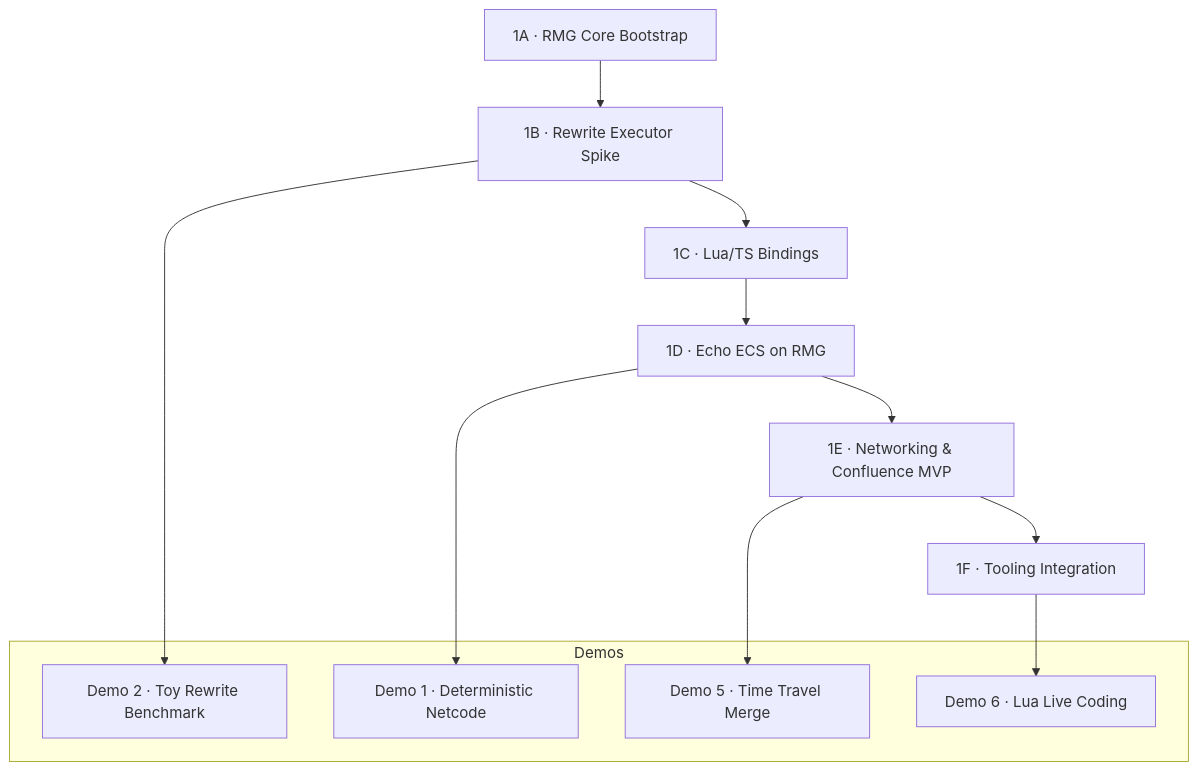
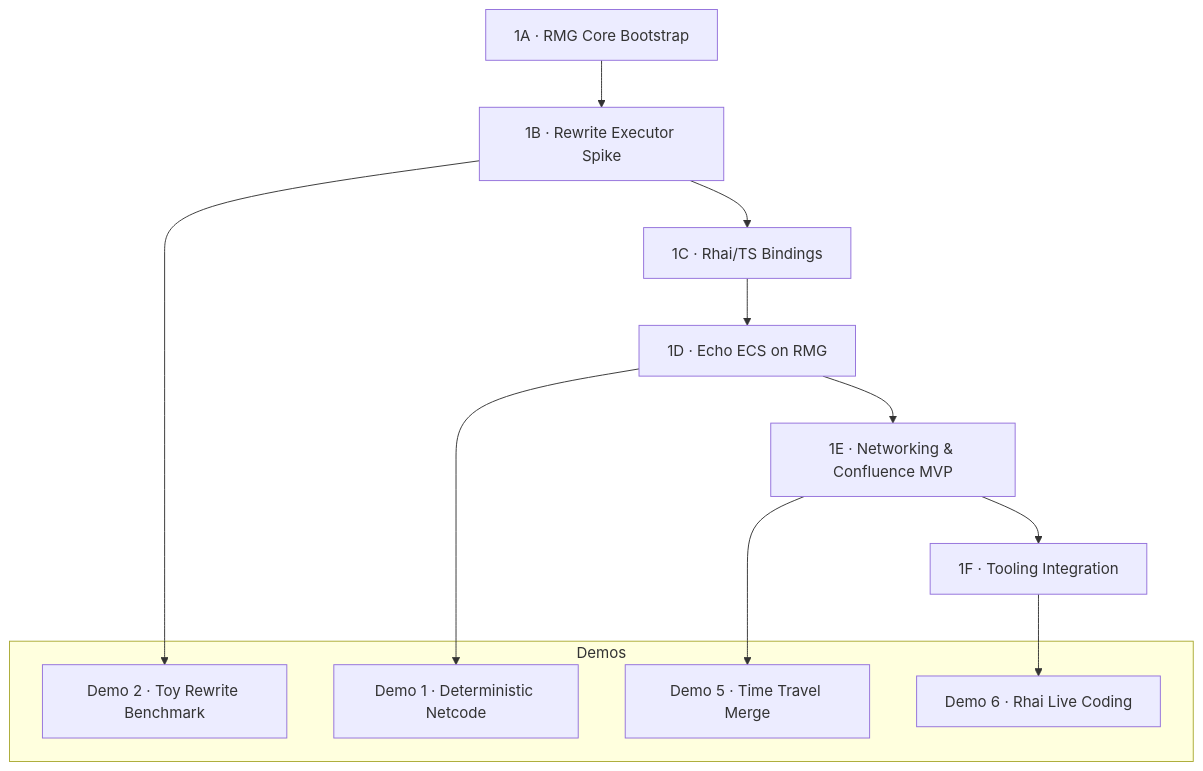
The diagram in docs/phase1-plan.md (flyingrobots/echo), drawn with Mermaid before and after one commit. The commit also changed other lines of this file and 15 other files, not shown here.

````diff
--- a/docs/phase1-plan.md
+++ b/docs/phase1-plan.md
@@ -10,22 +10,22 @@
 ```mermaid
 graph TD
   A[1A · RMG Core Bootstrap]
   B[1B · Rewrite Executor Spike]
-  C[1C · Lua/TS Bindings]
+  C[1C · Rhai/TS Bindings]
   D[1D · Echo ECS on RMG]
   E[1E · Networking & Confluence MVP]
   F[1F · Tooling Integration]
 
   A --> B --> C --> D --> E --> F
   B --> DemoToy
   D --> DemoNetcode
   E --> DemoTimeTravel
   F --> DemoLiveCoding
 
   subgraph Demos
     DemoToy[Demo 2 · Toy Rewrite Benchmark]
     DemoNetcode[Demo 1 · Deterministic Netcode]
     DemoTimeTravel[Demo 5 · Time Travel Merge]
-    DemoLiveCoding[Demo 6 · Lua Live Coding]
+    DemoLiveCoding[Demo 6 · Rhai Live Coding]
   end
 ```
````
